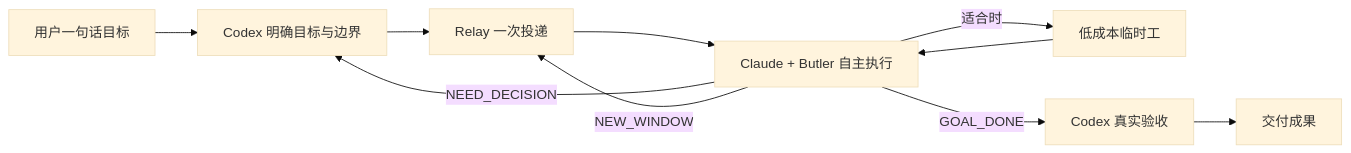
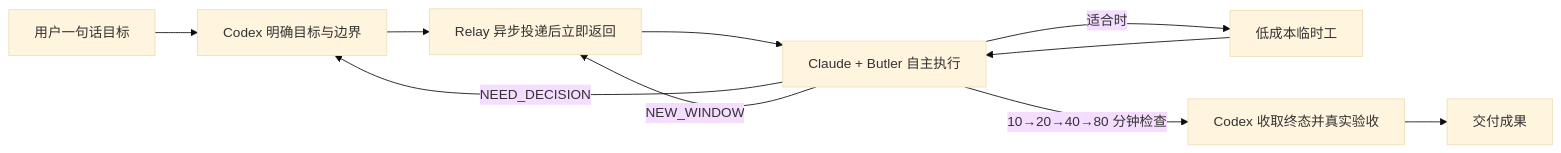
The diagram in README.md (xiaogege6697/codex-butler-relay), drawn with Mermaid (base theme) before and after one commit. The commit also changed other lines of this file and 6 other files, not shown here.

````diff
--- a/README.md
+++ b/README.md
@@ -26,12 +26,12 @@
 ```mermaid
 flowchart LR
     U[用户一句话目标] --> C[Codex 明确目标与边界]
-    C --> R[Relay 一次投递]
+    C --> R[Relay 异步投递后立即返回]
     R --> B[Claude + Butler 自主执行]
     B -->|适合时| W[低成本临时工]
     W --> B
-    B -->|GOAL_DONE| V[Codex 真实验收]
+    B -->|10→20→40→80 分钟检查| V[Codex 收取终态并真实验收]
     B -->|NEED_DECISION| C
     B -->|NEW_WINDOW| R
     V --> O[交付成果]
 ```
````
